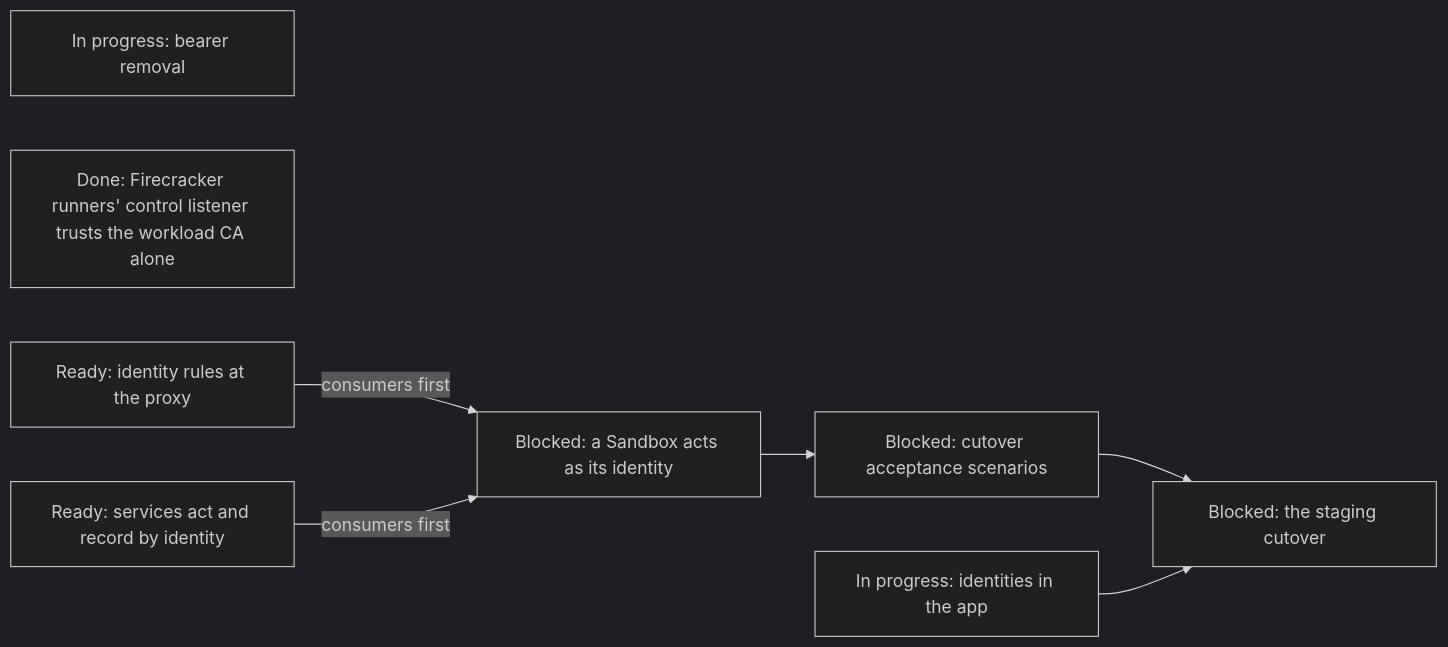
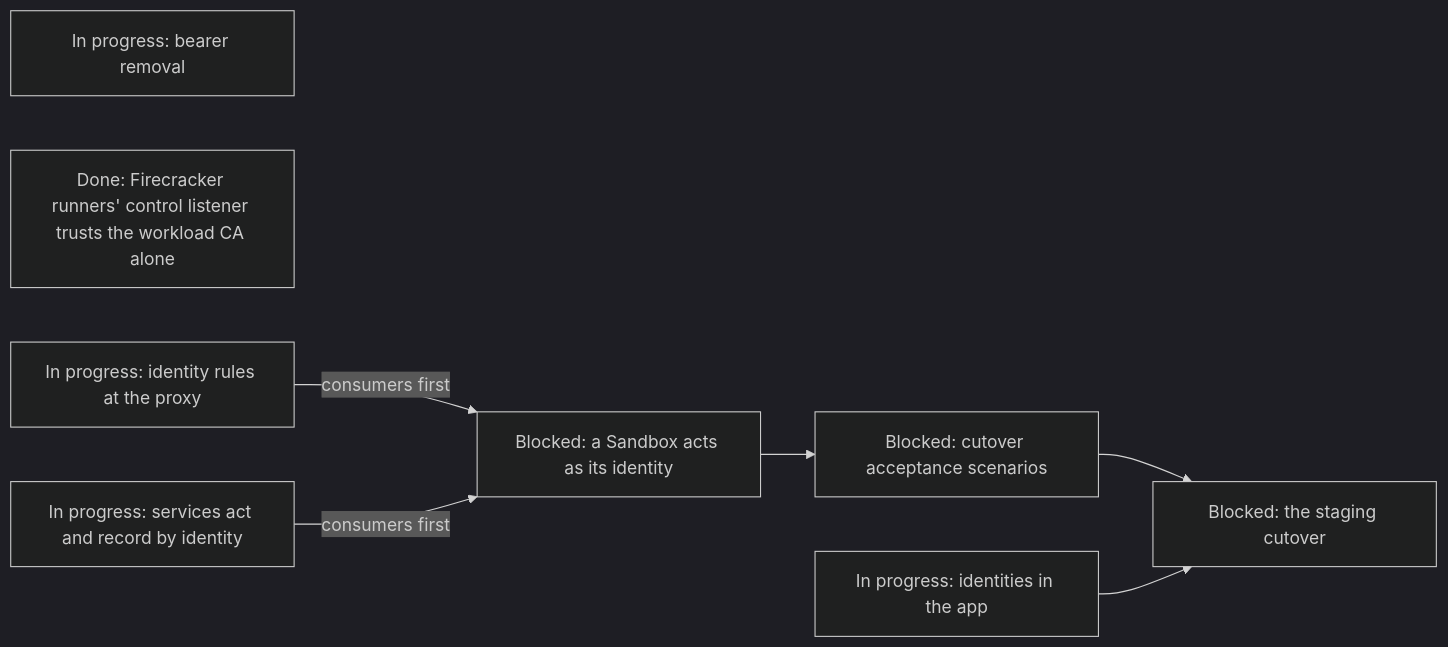
Diagram 17 of 19 in agentplane/plans/task_dag.md (agentydragon/ducktape), drawn with Mermaid (dark theme) before and after one commit. The commit also changed other lines of this file and 26 other files, not shown here.

````diff
--- a/agentplane/plans/task_dag.md
+++ b/agentplane/plans/task_dag.md
@@ -3017,14 +3018,14 @@
 ```mermaid
 flowchart LR
     WORKLOAD_AUTH_CUTOVER[In progress: bearer removal]
     APP_IDENTITIES_UI[In progress: identities in the app]
     WORKLOAD_CA_CLIENT_TRUST[Done: Firecracker runners' control listener trusts the workload CA alone]
-    EGRESS_IDENTITY_RULES[Ready: identity rules at the proxy]
-    SERVICES_IDENTITY_PRINCIPAL[Ready: services act and record by identity]
+    EGRESS_IDENTITY_RULES[In progress: identity rules at the proxy]
+    SERVICES_IDENTITY_PRINCIPAL[In progress: services act and record by identity]
     SANDBOX_IDENTITY_SPEC[Blocked: a Sandbox acts as its identity]
     EGRESS_IDENTITY_RULES -->|consumers first| SANDBOX_IDENTITY_SPEC
     SERVICES_IDENTITY_PRINCIPAL -->|consumers first| SANDBOX_IDENTITY_SPEC
     SANDBOX_IDENTITY_SPEC --> IDENTITY_SYSTEM_TESTS[Blocked: cutover acceptance scenarios]
     IDENTITY_SYSTEM_TESTS --> IDENTITY_CUTOVER[Blocked: the staging cutover]
     APP_IDENTITIES_UI --> IDENTITY_CUTOVER
 ```
````
